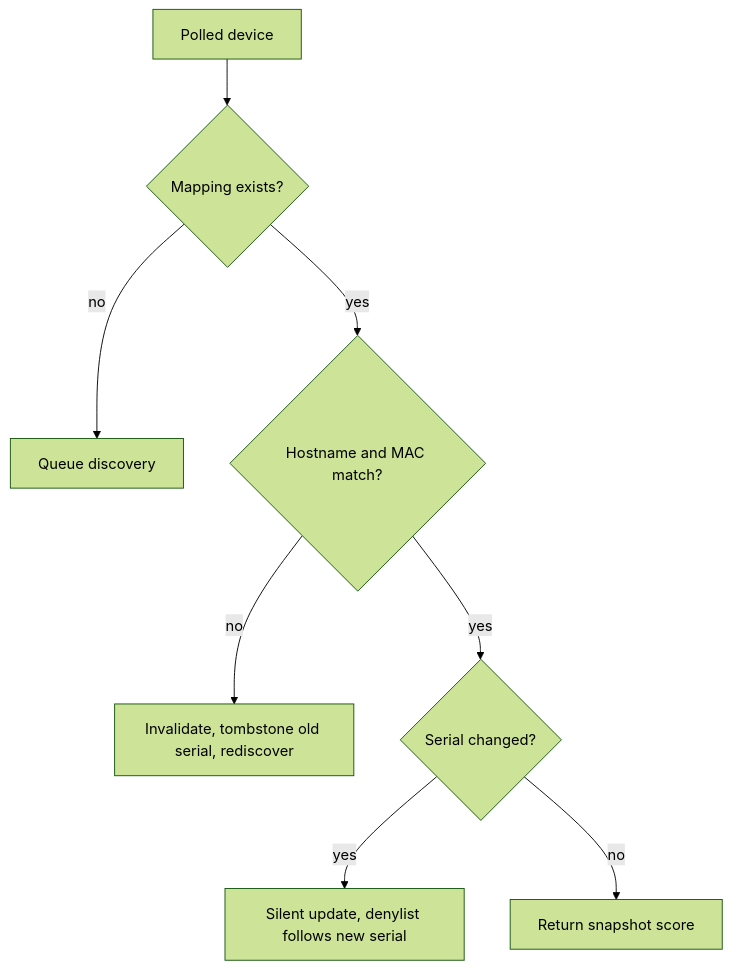
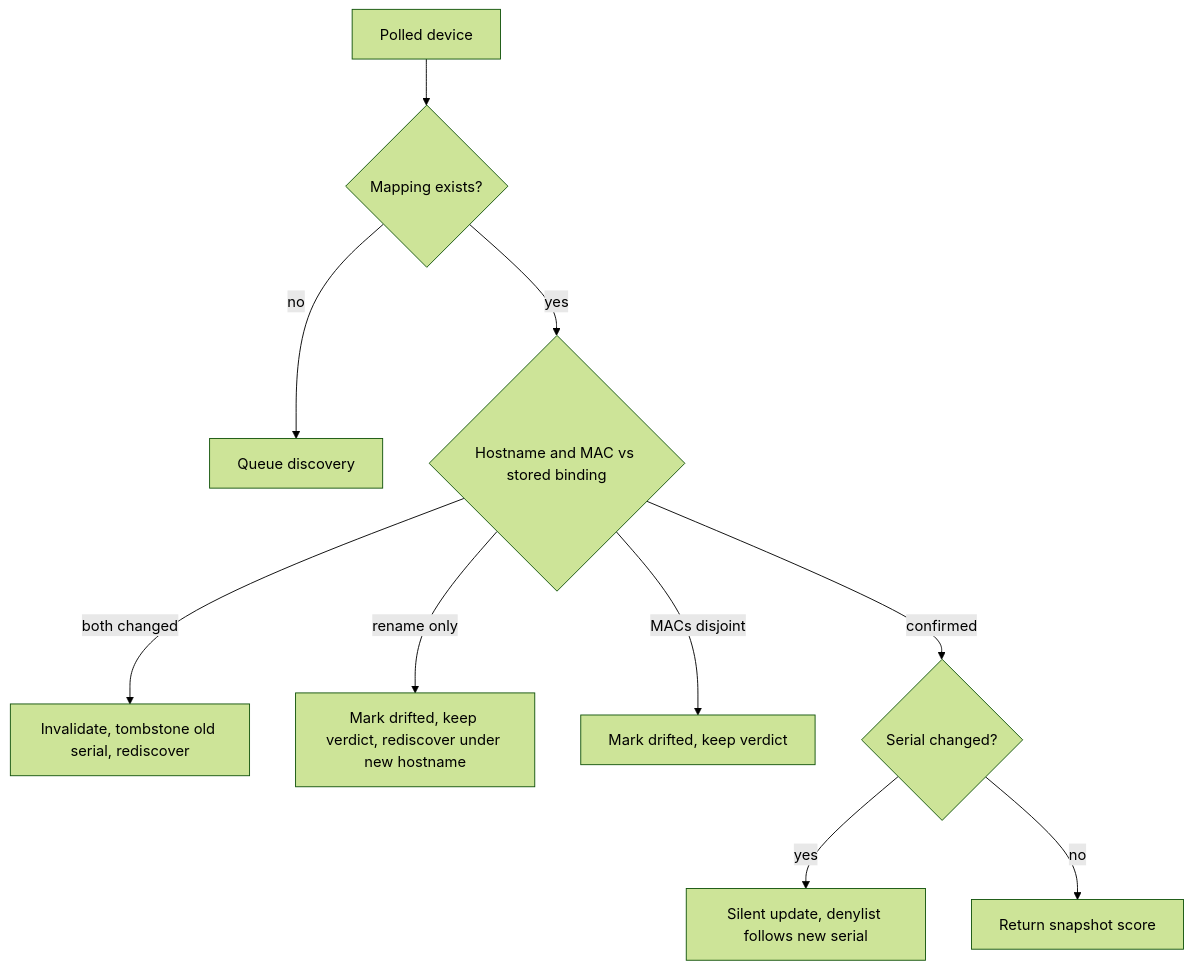
The third of 4 diagrams in docs/architecture.md (pongpisit/cloudflare-cortex-posture-worker), drawn with Mermaid (forest theme) before and after one commit. The commit also changed other lines of this file and 10 other files, not shown here.

````diff
--- a/docs/architecture.md
+++ b/docs/architecture.md
@@ -128,10 +128,12 @@
 ```mermaid
 flowchart TD
     P["Polled device"] --> K{"Mapping exists?"}
     K -->|"no"| D["Queue discovery"]
-    K -->|"yes"| I{"Hostname and MAC match?"}
-    I -->|"no"| V["Invalidate, tombstone old serial, rediscover"]
-    I -->|"yes"| S{"Serial changed?"}
+    K -->|"yes"| I{"Hostname and MAC vs stored binding"}
+    I -->|"both changed"| V["Invalidate, tombstone old serial, rediscover"]
+    I -->|"rename only"| G["Mark drifted, keep verdict, rediscover under new hostname"]
+    I -->|"MACs disjoint"| M["Mark drifted, keep verdict"]
+    I -->|"confirmed"| S{"Serial changed?"}
     S -->|"yes"| U["Silent update, denylist follows new serial"]
     S -->|"no"| R["Return snapshot score"]
 ```
````
